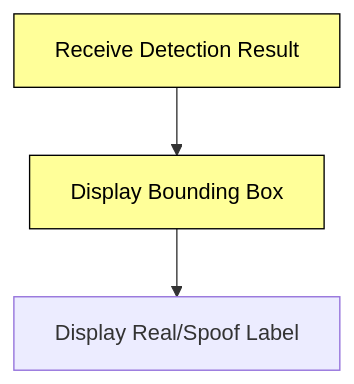
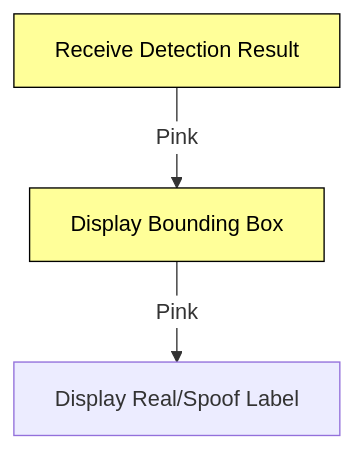
The fifth of 6 diagrams in README.md (Tharun-selladurai/face_liveliness_web_platform), drawn with Mermaid before and after one commit. The commit also changed other lines of this file, not shown here.

````diff
--- a/README.md
+++ b/README.md
@@ -136,9 +113,9 @@
 ```mermaid
 %%{init: {'theme': 'default', 'themeVariables': {'edgeLabelBackground':'#ffffff', 'tertiaryColor':'#ffffff'}}}%%
 graph TD;
-    A[Receive Detection Result] --> B[Display Bounding Box]
-    B --> C[Display Real/Spoof Label]
+    A[Receive Detection Result] -->|Pink| B[Display Bounding Box]
+    B -->|Pink| C[Display Real/Spoof Label]
     
     classDef display fill:#ffff99,stroke:#000000,color:#000000;
     class A,B display;
 ```
````
